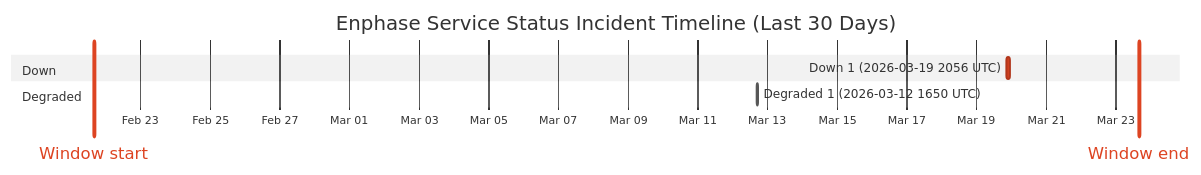
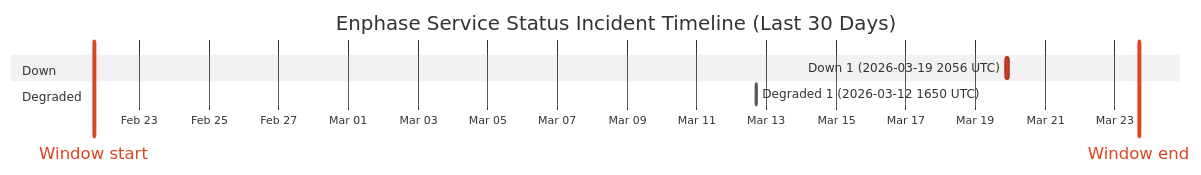
One commit to barneyonline/ha-enphase-ev-charger changed the diagram in wiki/Service-Status-History.md. Above: the diagram before and after it, drawn with Mermaid (neutral theme). The commit also changed other lines of this file and 3 other files, not shown here.

````diff
--- a/wiki/Service-Status-History.md
+++ b/wiki/Service-Status-History.md
@@ -14,12 +14,12 @@
 ```mermaid
 gantt
     title Enphase Service Status Incident Timeline (Last 30 Days)
     dateFormat  YYYY-MM-DDTHH:mm:ss
     axisFormat  %b %d
-    Window start :vert, window-start, 2026-02-21T15:52:37, 0ms
-    Window end :vert, window-end, 2026-03-23T15:52:37, 0ms
+    Window start :vert, window-start, 2026-02-21T16:46:58, 0ms
+    Window end :vert, window-end, 2026-03-23T16:46:58, 0ms
     section Down
     Down 1 (2026-03-19 2056 UTC) :crit, down-1, 2026-03-19T20:56:20, 145m
     section Degraded
     Degraded 1 (2026-03-12 1650 UTC) :active, degraded-1, 2026-03-12T16:50:43, 60m
 ```
````
